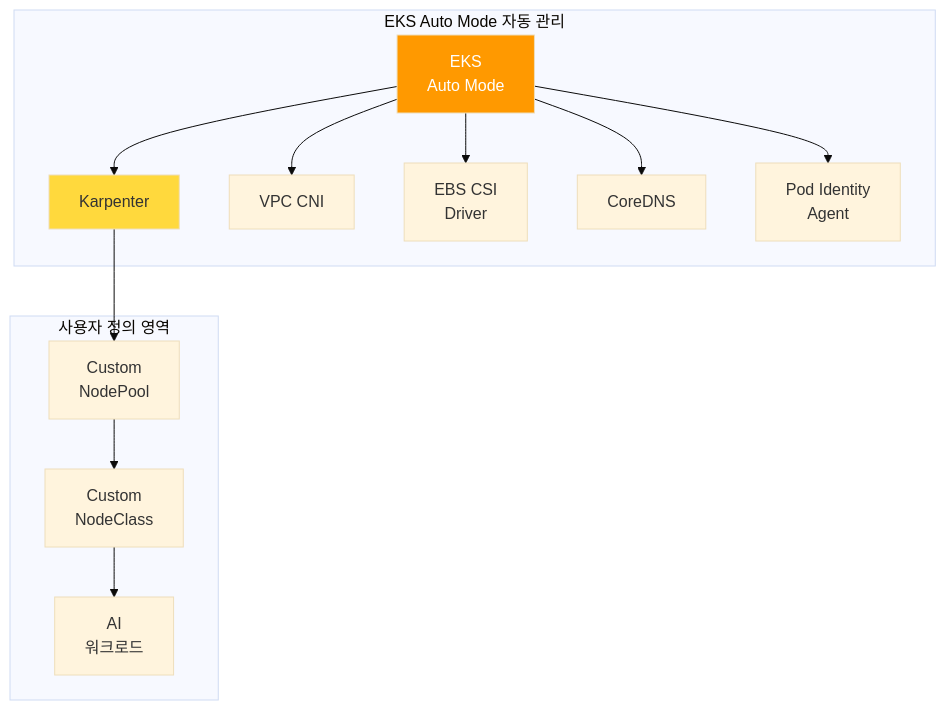
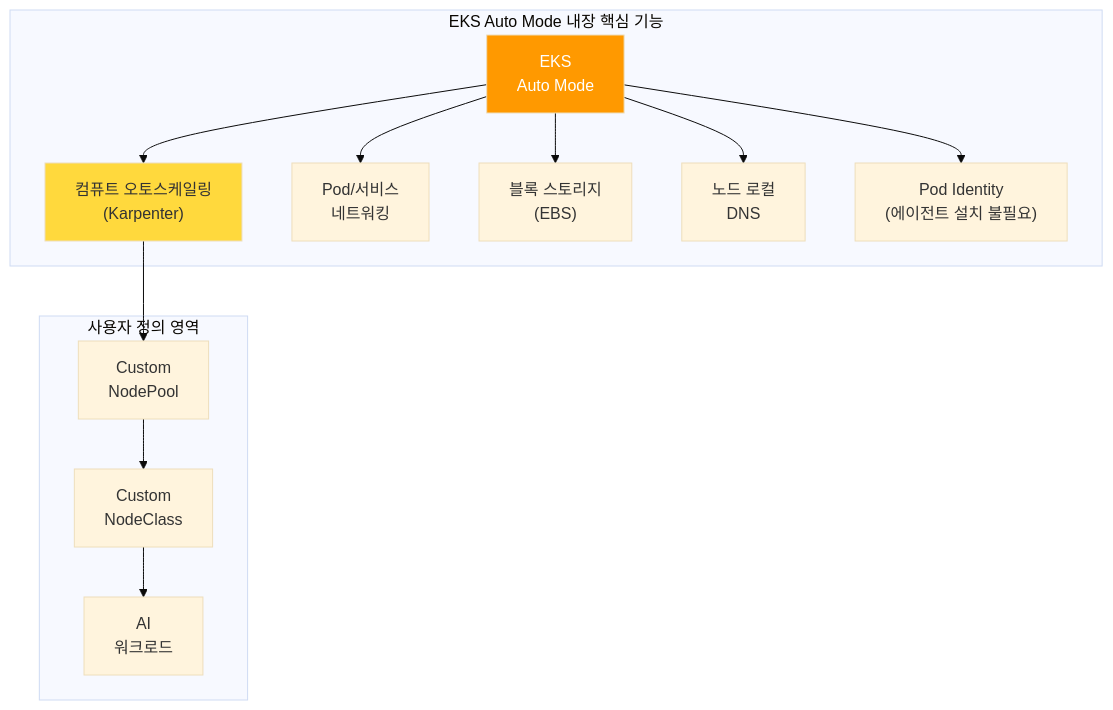
Before and after one commit to devfloor9/engineering-playbook: the second of 9 diagrams in i18n/ko/docusaurus-plugin-content-docs/current/agentic-ai-platform/design-architecture/platform-selection/agentic-ai-solutions-eks.md, drawn with Mermaid (base theme). The commit also changed other lines of this file and 39 other files, not shown here.

````diff
--- a/i18n/ko/docusaurus-plugin-content-docs/current/agentic-ai-platform/design-architecture/platform-selection/agentic-ai-solutions-eks.md
+++ b/i18n/ko/docusaurus-plugin-content-docs/current/agentic-ai-platform/design-architecture/platform-selection/agentic-ai-solutions-eks.md
@@ -161,23 +161,23 @@
 ```mermaid
 flowchart TD
-    subgraph AutoManaged["EKS Auto Mode 자동 관리"]
+    subgraph AutoManaged["EKS Auto Mode 내장 핵심 기능"]
         AUTO["EKS<br/>Auto Mode"]
-        KARP["Karpenter"]
-        VPC_CNI["VPC CNI"]
-        CSI["EBS CSI<br/>Driver"]
-        COREDNS["CoreDNS"]
-        POD_ID["Pod Identity<br/>Agent"]
+        KARP["컴퓨트 오토스케일링<br/>(Karpenter)"]
+        VPC_CNI["Pod/서비스<br/>네트워킹"]
+        CSI["블록 스토리지<br/>(EBS)"]
+        COREDNS["노드 로컬<br/>DNS"]
+        POD_ID["Pod Identity<br/>(에이전트 설치 불필요)"]
     end
 
     subgraph UserDefined["사용자 정의 영역"]
         NP["Custom<br/>NodePool"]
         NC["Custom<br/>NodeClass"]
         WL["AI<br/>워크로드"]
     end
 
     AUTO --> KARP & VPC_CNI & CSI & COREDNS & POD_ID
     KARP --> NP --> NC --> WL
 
     style AUTO fill:#ff9900,color:#fff
     style KARP fill:#ffd93d
 ```
````
